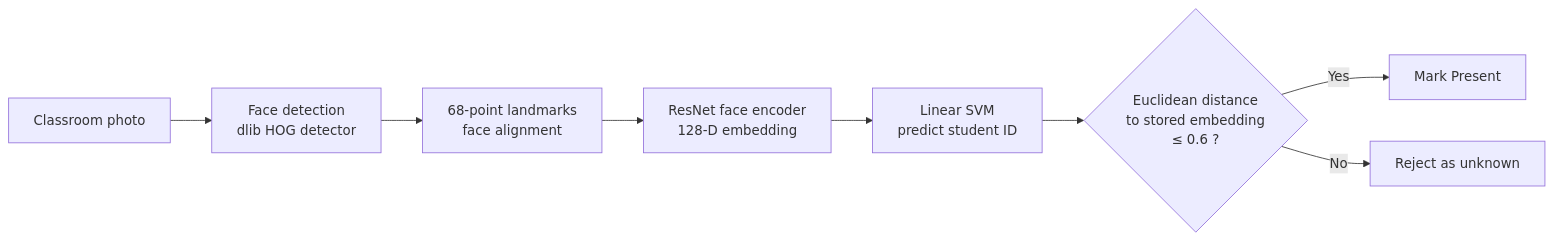
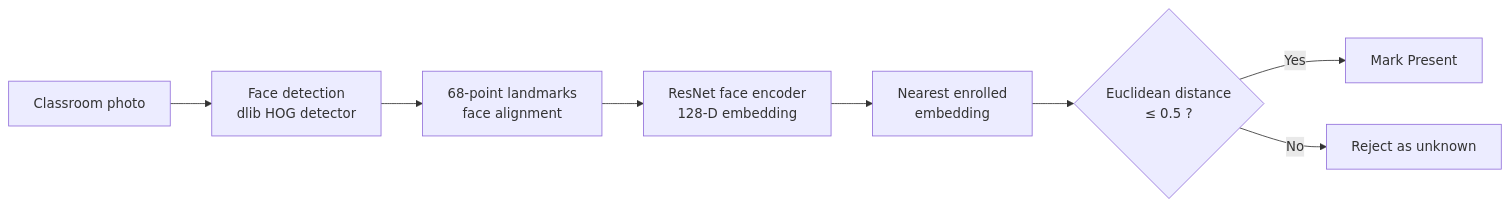
One commit to ajstyle920/snapclass-major-project changed the first of 4 diagrams in README.md. Above: the diagram before and after it, drawn with Mermaid. The commit also changed other lines of this file and 3 other files, not shown here.

````diff
--- a/README.md
+++ b/README.md
@@ -89,10 +90,10 @@
 ```mermaid
 flowchart LR
     A[Classroom photo] --> B[Face detection<br/>dlib HOG detector]
     B --> C[68-point landmarks<br/>face alignment]
     C --> D[ResNet face encoder<br/>128-D embedding]
-    D --> E[Linear SVM<br/>predict student ID]
-    E --> F{Euclidean distance<br/>to stored embedding<br/>≤ 0.6 ?}
+    D --> E[Nearest enrolled<br/>embedding]
+    E --> F{Euclidean distance<br/>≤ 0.5 ?}
     F -- Yes --> G[Mark Present]
     F -- No --> H[Reject as unknown]
 ```
````
